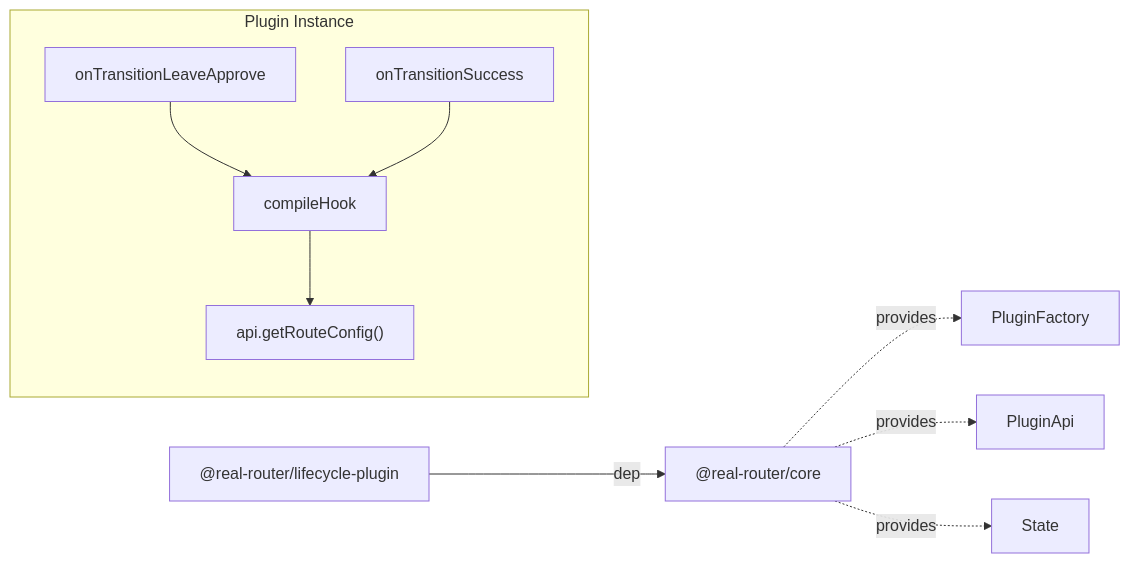
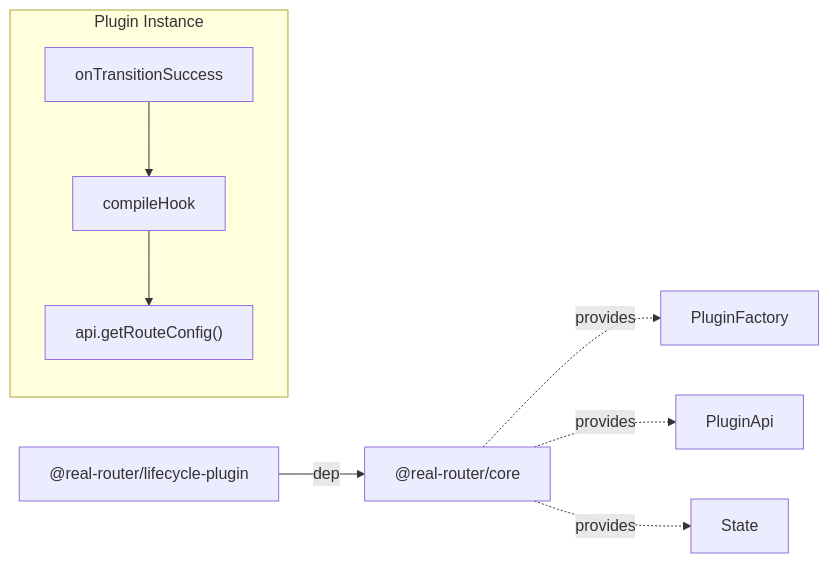
The diagram in packages/lifecycle-plugin/ARCHITECTURE.md (greydragon888/real-router), drawn with Mermaid before and after one commit. The commit also changed other lines of this file and 9 other files, not shown here.

````diff
--- a/packages/lifecycle-plugin/ARCHITECTURE.md
+++ b/packages/lifecycle-plugin/ARCHITECTURE.md
@@ -24,14 +24,13 @@
 ```mermaid
 graph LR
     LP["@real-router/lifecycle-plugin"] -->|dep| CORE["@real-router/core"]
 
     CORE -.->|provides| PF[PluginFactory]
     CORE -.->|provides| PA[PluginApi]
     CORE -.->|provides| TYPES["State"]
 
     subgraph plugin [Plugin Instance]
-        LH["onTransitionLeaveApprove"] --> CH[compileHook]
-        SH["onTransitionSuccess"] --> CH
+        SH["onTransitionSuccess"] --> CH[compileHook]
         CH --> GRC["api.getRouteConfig()"]
     end
 ```
````
